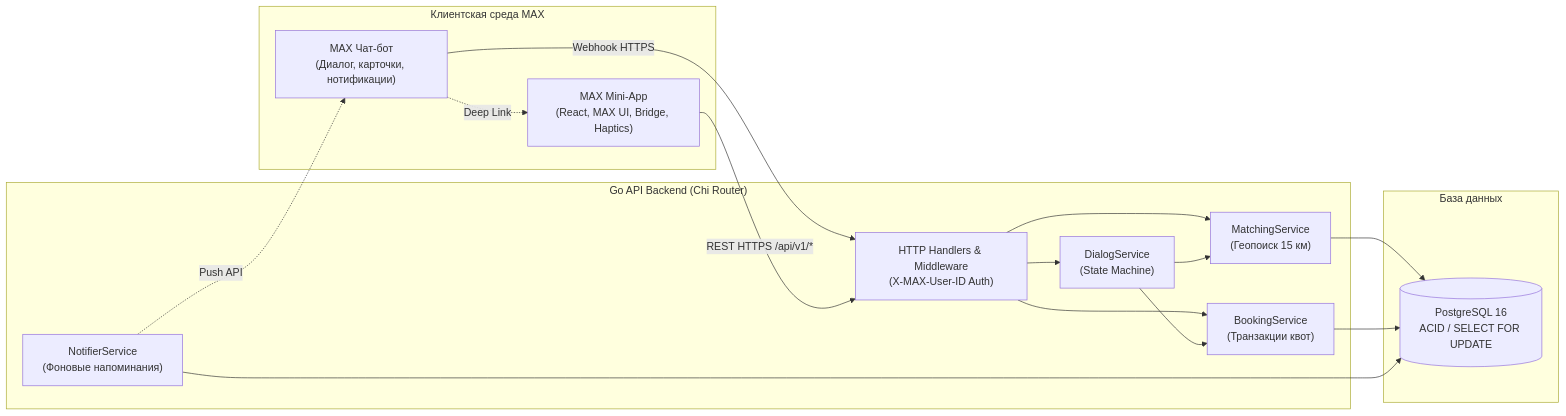
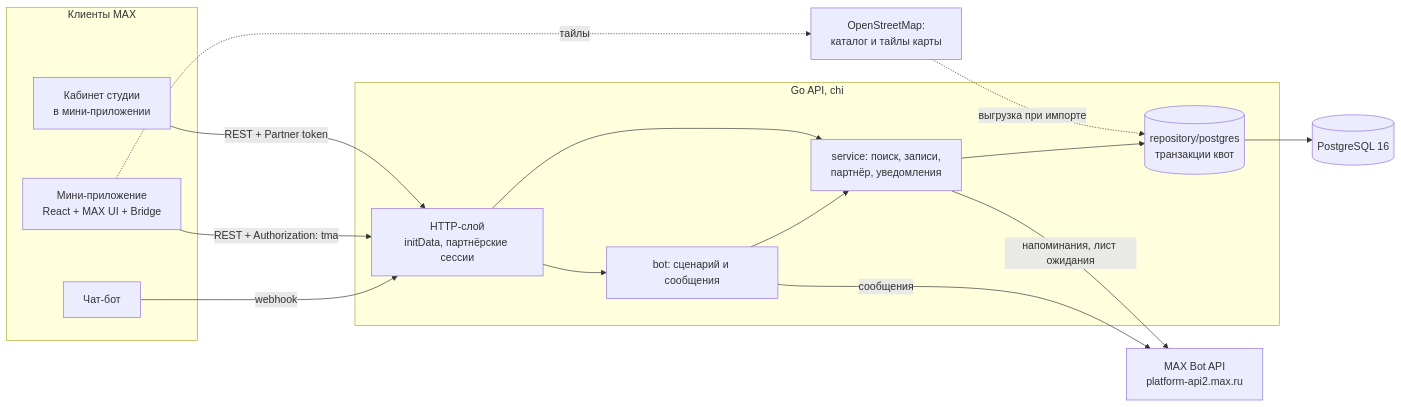
Before and after one commit to GogaBalenci/sportslot: the fourth of 4 diagrams in README.md, drawn with Mermaid. The commit also changed other lines of this file and 3 other files, not shown here.

First line of the commit message:
docs: README, OpenAPI and DATA-API for the Rostov pilot

````diff
--- a/README.md
+++ b/README.md
@@ -175,35 +137,27 @@
 ```mermaid
 flowchart LR
-    subgraph Client ["Клиентская среда MAX"]
-        Bot["MAX Чат-бот<br/>(Диалог, карточки, нотификации)"]
-        MiniApp["MAX Mini-App<br/>(React, MAX UI, Bridge, Haptics)"]
+    subgraph MAX [Клиенты MAX]
+        Bot[Чат-бот]
+        App[Мини-приложение<br/>React + MAX UI + Bridge]
+        Studio[Кабинет студии<br/>в мини-приложении]
     end
+    subgraph API [Go API, chi]
+        H[HTTP-слой<br/>initData, партнёрские сессии]
+        BotFlow[bot: сценарий и сообщения]
+        S[service: поиск, записи,<br/>партнёр, уведомления]
+        Store[(repository/postgres<br/>транзакции квот)]
+    end
+    DB[(PostgreSQL 16)]
+    MaxAPI[MAX Bot API<br/>platform-api2.max.ru]
+    OSM[OpenStreetMap:<br/>каталог и тайлы карты]
 
-    subgraph Backend ["Go API Backend (Chi Router)"]
-        Handler["HTTP Handlers & Middleware<br/>(X-MAX-User-ID Auth)"]
-        DialogSvc["DialogService<br/>(State Machine)"]
-        MatchSvc["MatchingService<br/>(Геопоиск 15 км)"]
-        BookSvc["BookingService<br/>(Транзакции квот)"]
-        NotifySvc["NotifierService<br/>(Фоновые напоминания)"]
-    end
-
-    subgraph Storage ["База данных"]
-        Postgres[("PostgreSQL 16<br/>ACID / SELECT FOR UPDATE")]
-    end
-
-    Bot -- "Webhook HTTPS" --> Handler
-    MiniApp -- "REST HTTPS /api/v1/*" --> Handler
-    Bot -. "Deep Link" .-> MiniApp
-    
-    Handler --> DialogSvc
-    Handler --> MatchSvc
-    Handler --> BookSvc
-    
-    DialogSvc --> MatchSvc
-    DialogSvc --> BookSvc
-    
-    MatchSvc --> Postgres
-    BookSvc --> Postgres
-    NotifySvc --> Postgres
-    NotifySvc -. "Push API" .-> Bot
+    Bot -- webhook --> H
+    App -- REST + Authorization: tma --> H
+    Studio -- REST + Partner token --> H
+    H --> BotFlow --> S
+    H --> S --> Store --> DB
+    BotFlow -- сообщения --> MaxAPI
+    S -- напоминания, лист ожидания --> MaxAPI
+    OSM -. выгрузка при импорте .-> Store
+    App -. тайлы .-> OSM
 ```
````
